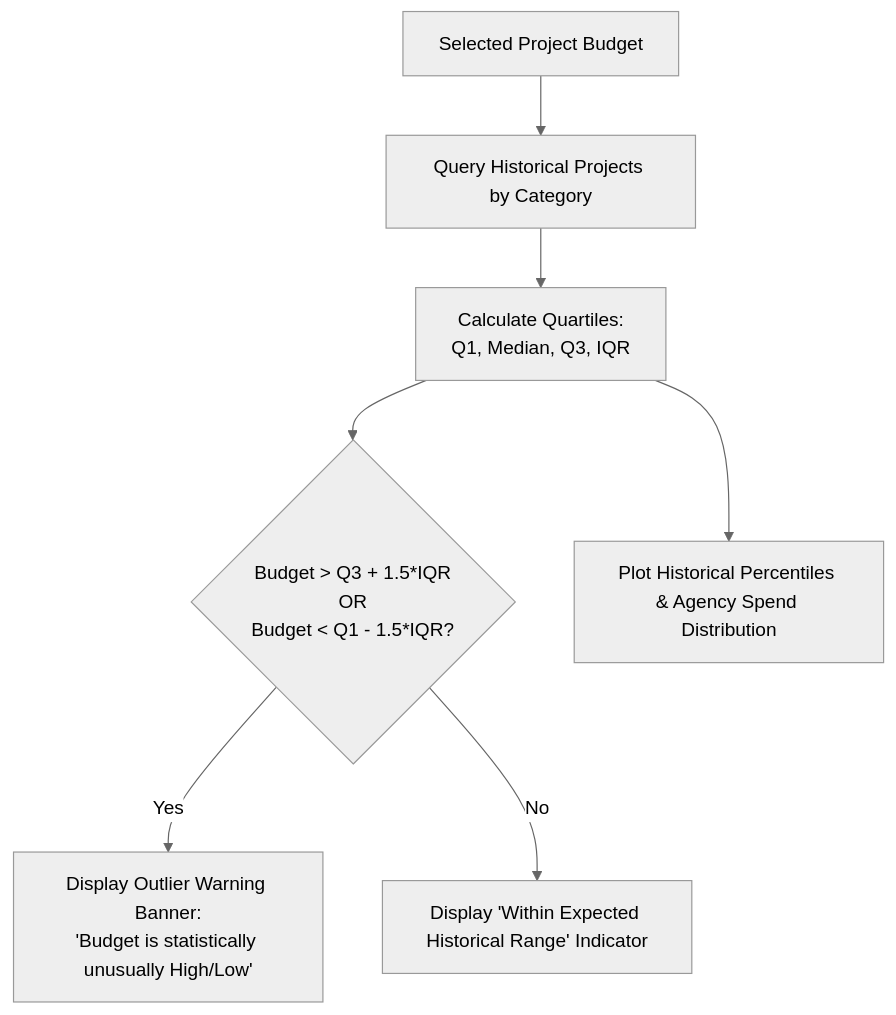
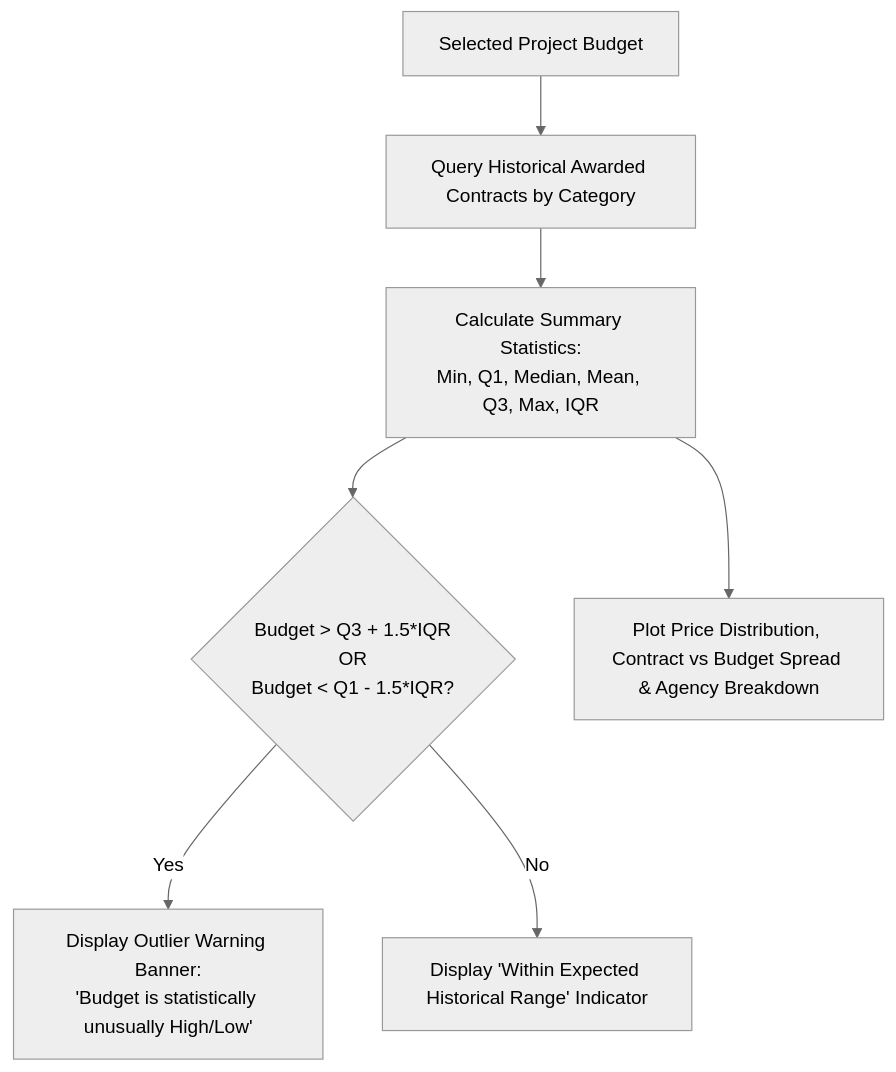
Before and after one commit to MTPeraya/TORBIDD: the diagram in docs/wiki/FEAT‐04-Historical-Price-Benchmarking-&-Outlier-Engine.md, drawn with Mermaid (neutral theme). The commit also changed other lines of this file and 15 other files, not shown here.

````diff
--- a/docs/wiki/FEAT‐04-Historical-Price-Benchmarking-&-Outlier-Engine.md
+++ b/docs/wiki/FEAT‐04-Historical-Price-Benchmarking-&-Outlier-Engine.md
@@ -13,9 +14,9 @@
 ```mermaid
 flowchart TD
-    CurrentProj[Selected Project Budget] --> QueryHist[Query Historical Projects by Category]
-    QueryHist --> CalcStats[Calculate Quartiles:\nQ1, Median, Q3, IQR]
+    CurrentProj[Selected Project Budget] --> QueryHist[Query Historical Awarded Contracts by Category]
+    QueryHist --> CalcStats[Calculate Summary Statistics:\nMin, Q1, Median, Mean, Q3, Max, IQR]
     CalcStats --> OutlierCheck{Budget > Q3 + 1.5*IQR\nOR\nBudget < Q1 - 1.5*IQR?}
     OutlierCheck -->|Yes| Warning[Display Outlier Warning Banner:\n'Budget is statistically unusually High/Low']
     OutlierCheck -->|No| Normal[Display 'Within Expected Historical Range' Indicator]
-    CalcStats --> RenderCharts[Plot Historical Percentiles & Agency Spend Distribution]
+    CalcStats --> RenderCharts[Plot Price Distribution, Contract vs Budget Spread & Agency Breakdown]
 ```
````
